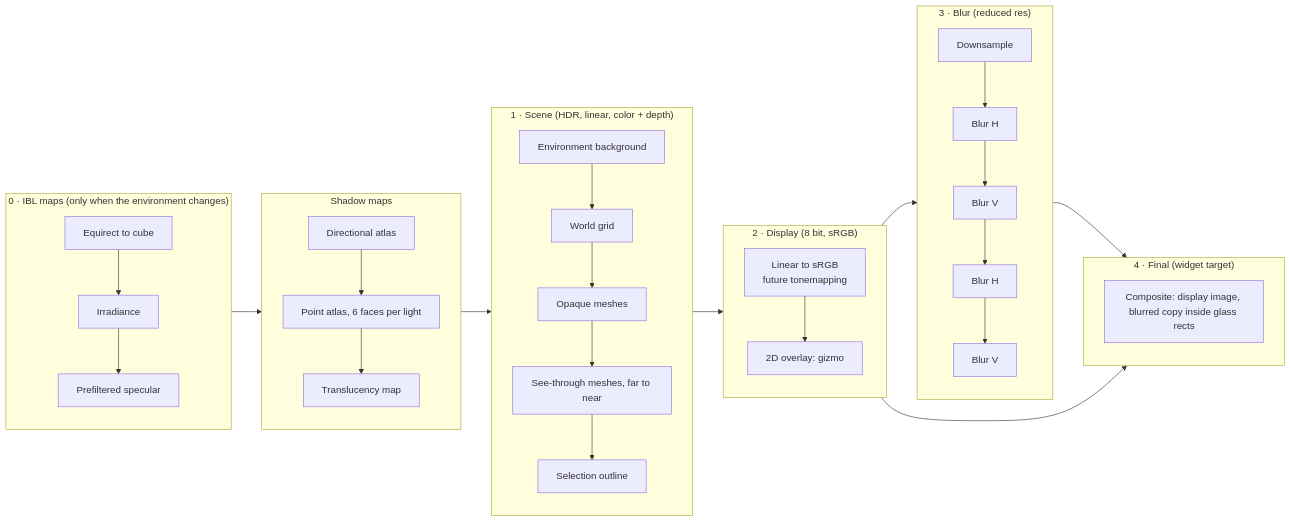
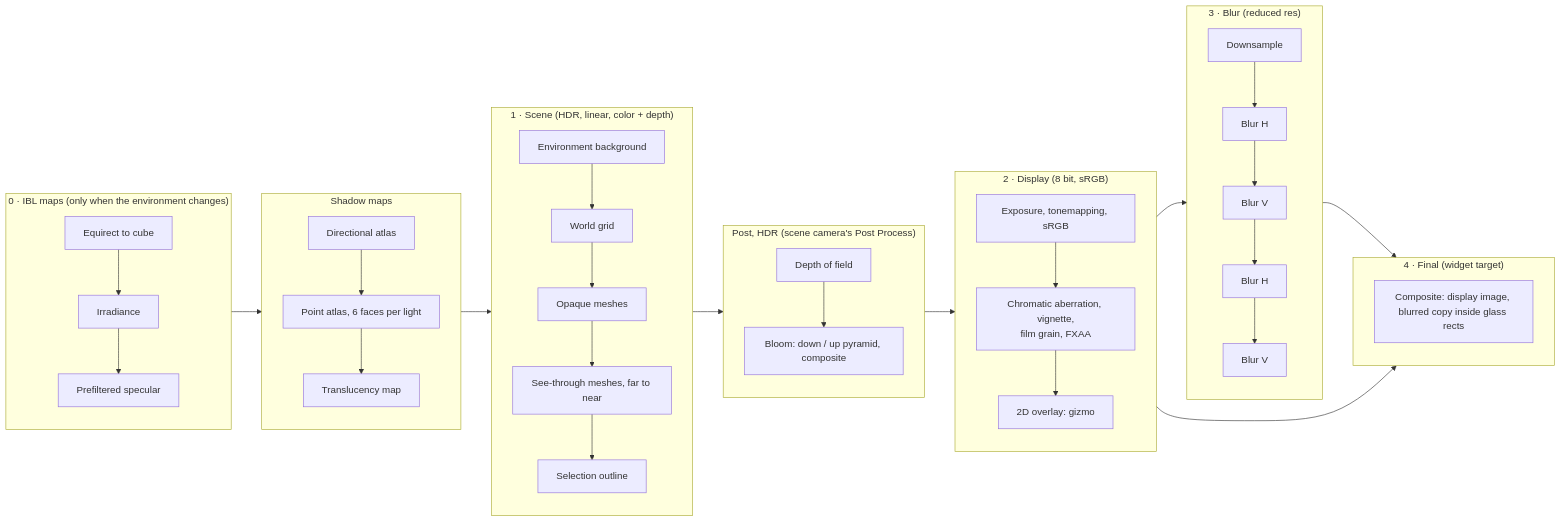
One commit to Dnurr/Lune changed the diagram in docs/rendering.md. Above: the diagram before and after it, drawn with Mermaid. The commit also changed other lines of this file and 44 other files, not shown here.

First line of the commit message:
Scene cameras and the post-processing chain

````diff
--- a/docs/rendering.md
+++ b/docs/rendering.md
@@ -18,23 +18,26 @@
 ```mermaid
 flowchart LR
     subgraph P0["0 &middot; IBL maps (only when the environment changes)"]
         conv[Equirect to cube] --> irr[Irradiance] --> pre[Prefiltered specular]
     end
     subgraph PS["Shadow maps"]
         sdir[Directional atlas] --> spoint[Point atlas, 6 faces per light] --> strans[Translucency map]
     end
     subgraph P1["1 &middot; Scene (HDR, linear, color + depth)"]
         bg[Environment background] --> grid[World grid] --> meshes[Opaque meshes] --> blend[See-through meshes, far to near] --> outline[Selection outline]
     end
+    subgraph PP["Post, HDR (scene camera's Post Process)"]
+        dof[Depth of field] --> bloom[Bloom: down / up pyramid, composite]
+    end
     subgraph P2["2 &middot; Display (8 bit, sRGB)"]
-        disp[Linear to sRGB<br/>future tonemapping] --> overlay[2D overlay: gizmo]
+        disp[Exposure, tonemapping, sRGB] --> lpost[Chromatic aberration, vignette,<br/>film grain, FXAA] --> overlay[2D overlay: gizmo]
     end
     subgraph P3["3 &middot; Blur (reduced res)"]
         down[Downsample] --> h1[Blur H] --> v1[Blur V] --> h2[Blur H] --> v2[Blur V]
     end
     subgraph P4["4 &middot; Final (widget target)"]
         comp[Composite: display image, blurred copy inside glass rects]
     end
-    P0 --> PS --> P1 --> P2 --> P3 --> P4
+    P0 --> PS --> P1 --> PP --> P2 --> P3 --> P4
     P2 --> P4
 ```
````
